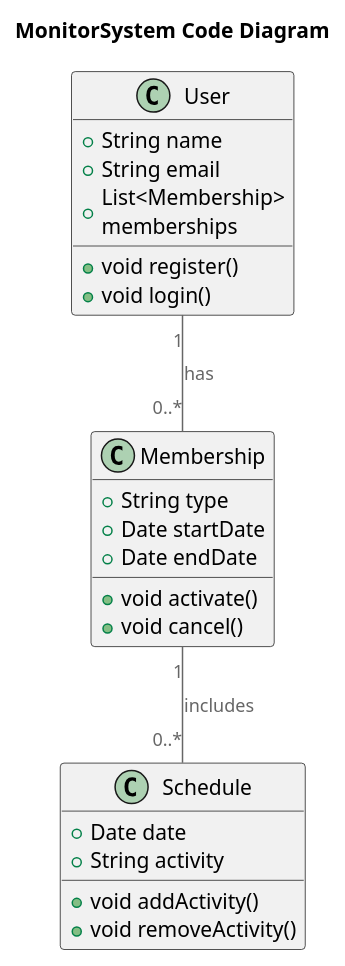
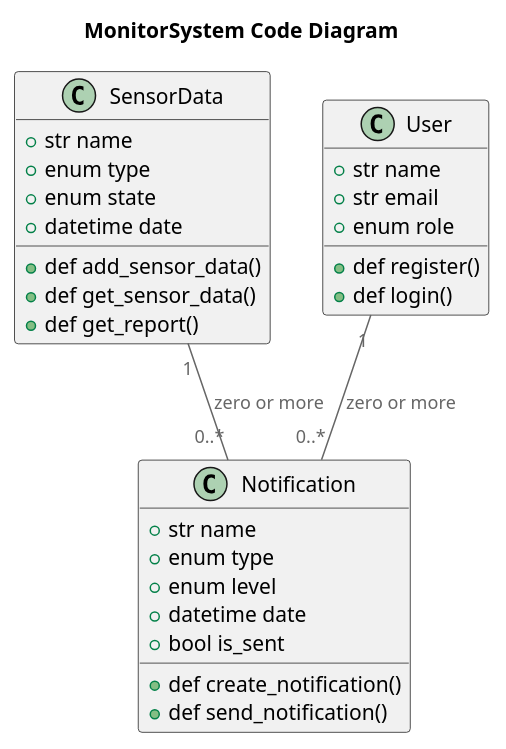
Before and after one commit to VadimVolkovsky/MSA-AgroTech: the diagram in Task3/code_main_solution.puml, drawn with PlantUML.

Commit message:
task3 диаграмма кода

```diff
--- a/Task3/code_main_solution.puml
+++ b/Task3/code_main_solution.puml
@@ -1,34 +1,39 @@
 @startuml
 title MonitorSystem Code Diagram
 
 top to bottom direction
 
 !include C4_Component.puml
 
-class User {
-  +String name
-  +String email
-  +List<Membership> memberships
-  +void register()
-  +void login()
+class Notification {
+  +str name
+  +enum type
+  +enum level
+  +datetime date
+  +bool is_sent
+  +def create_notification()
+  +def send_notification()
 }
 
-class Membership {
-  +String type
-  +Date startDate
-  +Date endDate
-  +void activate()
-  +void cancel()
+class SensorData {
+  +str name
+  +enum type
+  +enum state
+  +datetime date
+  +def add_sensor_data()
+  +def get_sensor_data()
+  +def get_report()
 }
 
-class Schedule {
-  +Date date
-  +String activity
-  +void addActivity()
-  +void removeActivity()
+class User {
+  +str name
+  +str email
+  +enum role
+  +def register()
+  +def login()
 }
 
-User "1" -- "0..*" Membership : has
-Membership "1" -- "0..*" Schedule : includes
+SensorData "1" -- "0..*" Notification : zero or more
+User "1" -- "0..*" Notification : zero or more
 
 @enduml
```
